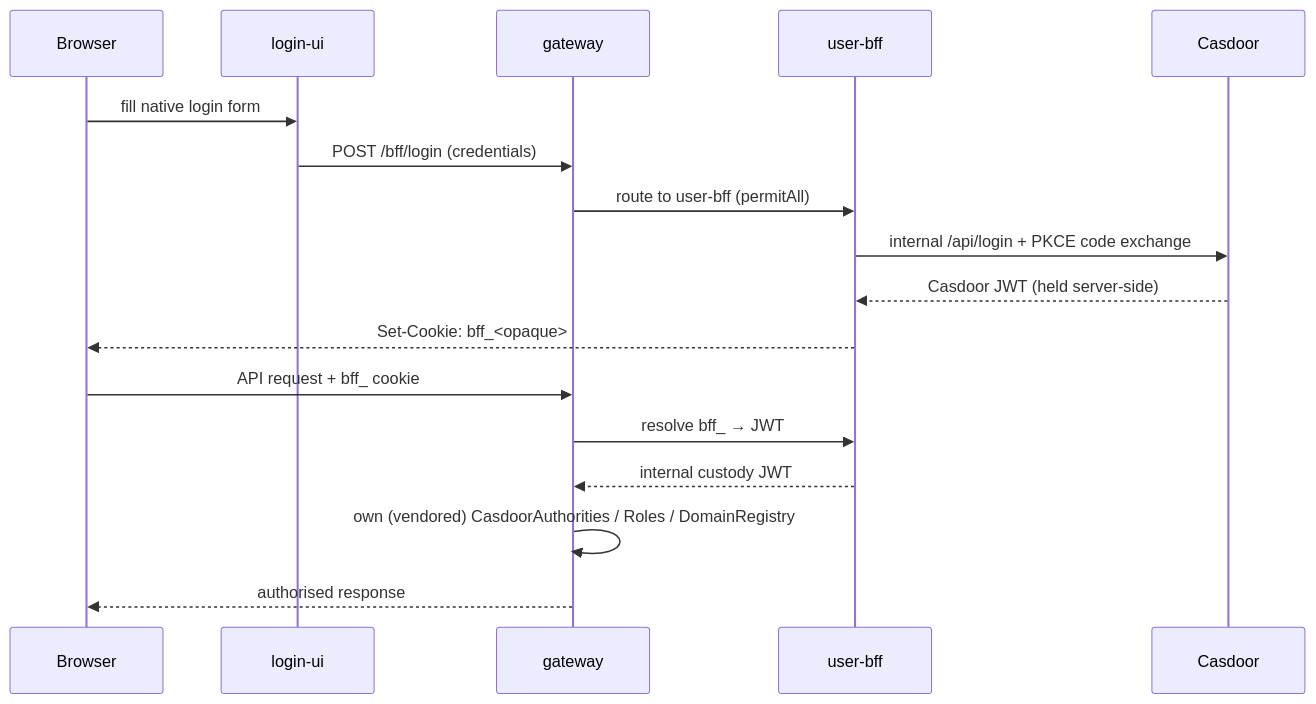
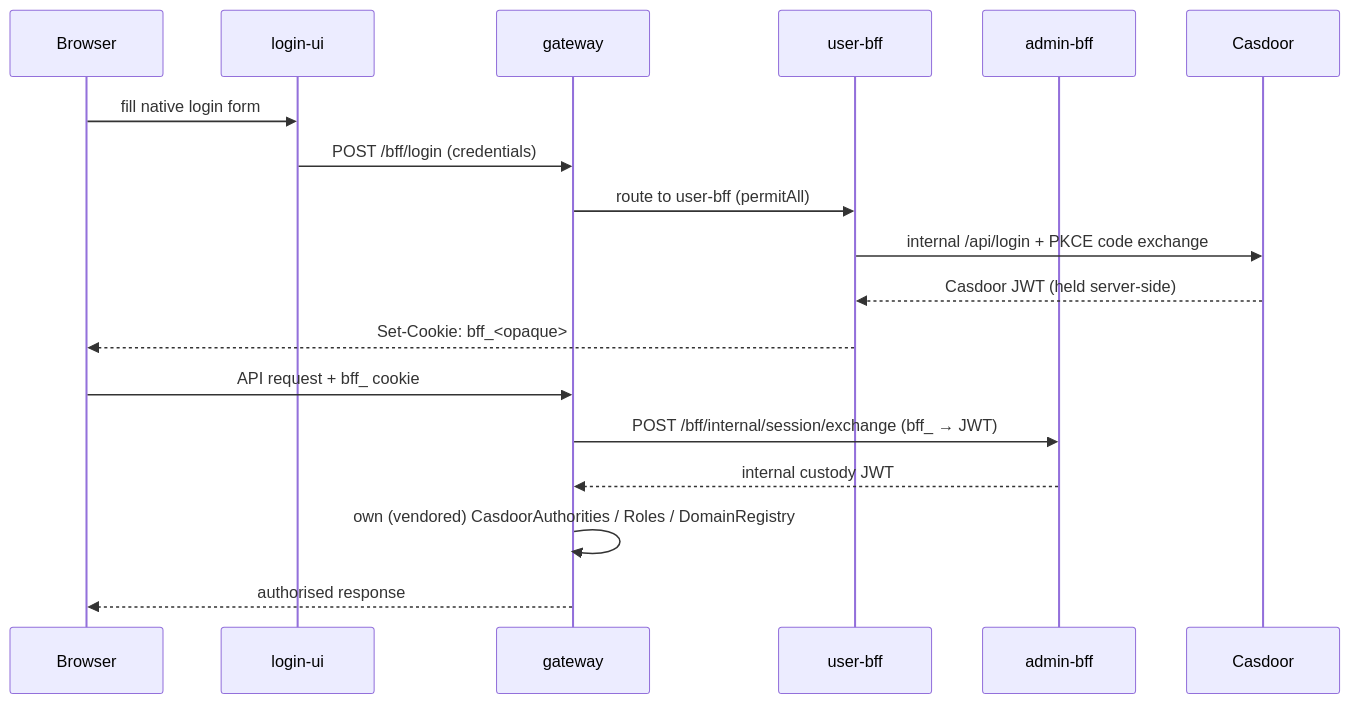
The second of 2 diagrams in content/developer-guide/shared-commons.md (hugmesh/hugmesh.github.io), drawn with Mermaid before and after one commit. The commit also changed other lines of this file and 166 other files, not shown here.

````diff
--- a/content/developer-guide/shared-commons.md
+++ b/content/developer-guide/shared-commons.md
@@ -234,20 +267,21 @@
   ```mermaid
   sequenceDiagram
       participant Browser
       participant login-ui
       participant gateway
       participant user-bff
+      participant admin-bff
       participant Casdoor
 
       Browser->>login-ui: fill native login form
       login-ui->>gateway: POST /bff/login (credentials)
       gateway->>user-bff: route to user-bff (permitAll)
       user-bff->>Casdoor: internal /api/login + PKCE code exchange
       Casdoor-->>user-bff: Casdoor JWT (held server-side)
       user-bff-->>Browser: Set-Cookie: bff_<opaque>
       Browser->>gateway: API request + bff_ cookie
-      gateway->>user-bff: resolve bff_ → JWT
-      user-bff-->>gateway: internal custody JWT
+      gateway->>admin-bff: POST /bff/internal/session/exchange (bff_ → JWT)
+      admin-bff-->>gateway: internal custody JWT
       gateway->>gateway: own (vendored) CasdoorAuthorities / Roles / DomainRegistry
       gateway-->>Browser: authorised response
   ```
````
